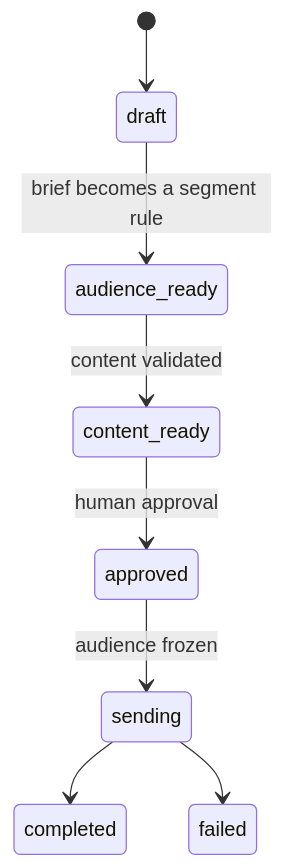
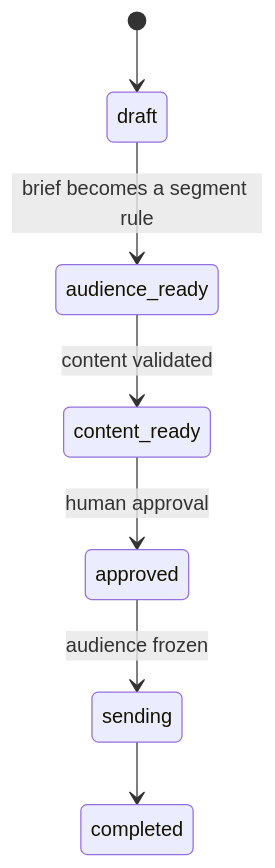
The second of 2 diagrams in README.md (Sdrs81/smart-campaign-composer), drawn with Mermaid before and after one commit. The commit also changed other lines of this file and 2 other files, not shown here.

Commit message:
docs: finalize DECISIONS.md and align README flow

````diff
--- a/README.md
+++ b/README.md
@@ -50,10 +50,9 @@
 ```mermaid
 stateDiagram-v2
     [*] --> draft
     draft --> audience_ready: brief becomes a segment rule
     audience_ready --> content_ready: content validated
     content_ready --> approved: human approval
     approved --> sending: audience frozen
     sending --> completed
-    sending --> failed
 ```
````
